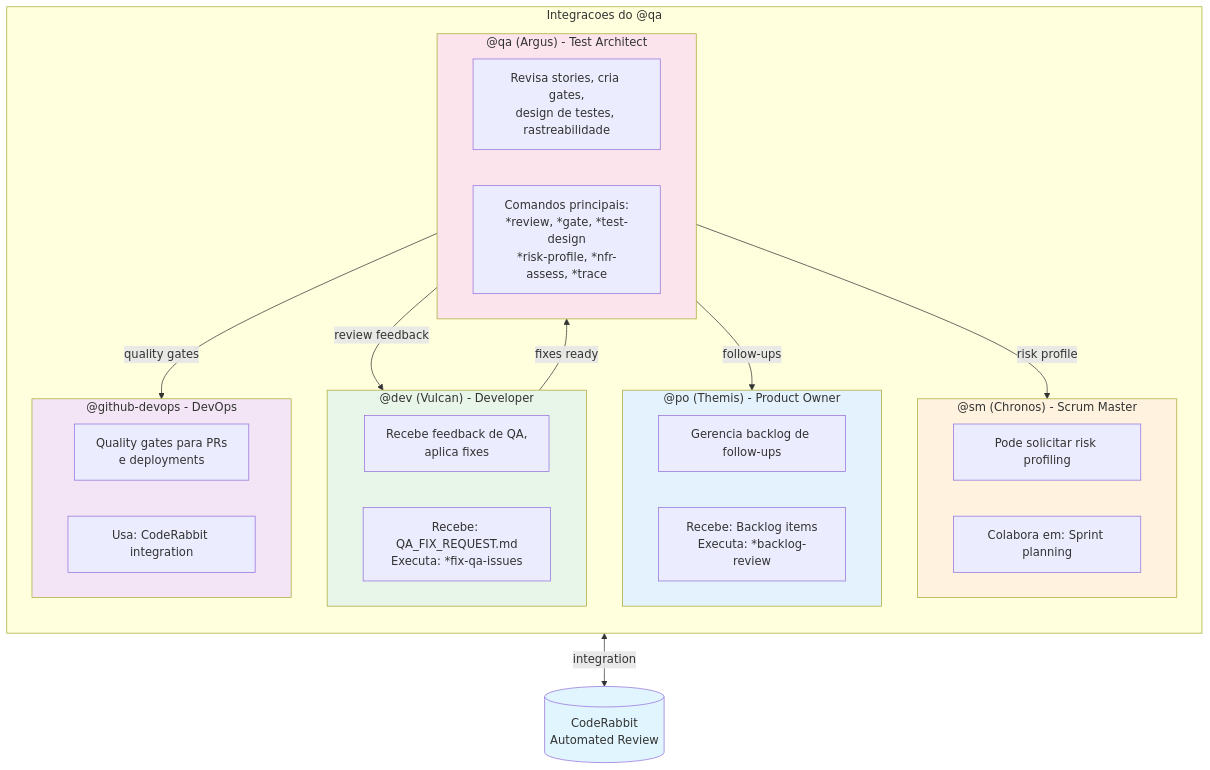
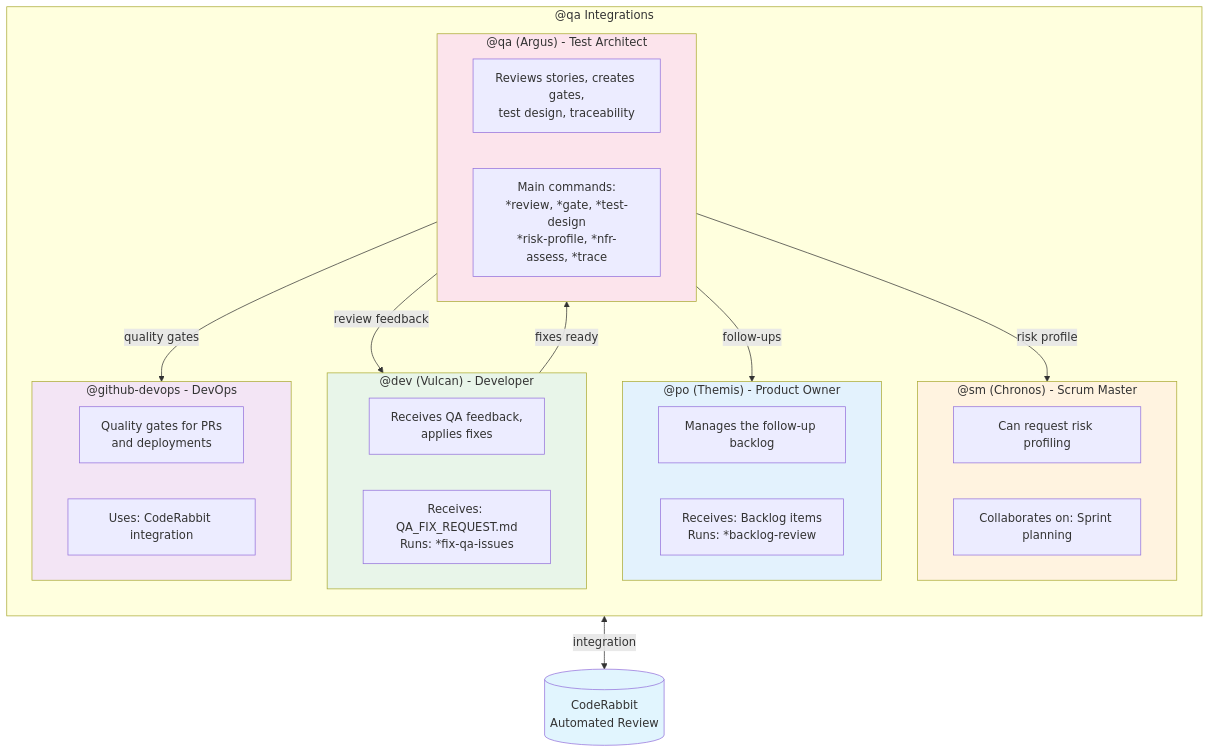
The fifth of 5 diagrams in docs/aexos-agent-flows/qa-system.md (CyryxLabs/AEXOS), drawn with Mermaid before and after one commit. The commit also changed other lines of this file and 528 other files, not shown here.

````diff
--- a/docs/aexos-agent-flows/qa-system.md
+++ b/docs/aexos-agent-flows/qa-system.md
@@ -427,47 +427,47 @@
 ```mermaid
 flowchart TB
-    subgraph AGENTS["Integracoes do @qa"]
+    subgraph AGENTS["@qa Integrations"]
         direction TB
 
         subgraph QA_BOX["@qa (Argus) - Test Architect"]
-            QA_DESC["Revisa stories, cria gates,<br/>design de testes, rastreabilidade"]
-            QA_CMDS["Comandos principais:<br/>*review, *gate, *test-design<br/>*risk-profile, *nfr-assess, *trace"]
+            QA_DESC["Reviews stories, creates gates,<br/>test design, traceability"]
+            QA_CMDS["Main commands:<br/>*review, *gate, *test-design<br/>*risk-profile, *nfr-assess, *trace"]
         end
 
         subgraph DEV_BOX["@dev (Vulcan) - Developer"]
-            DEV_DESC["Recebe feedback de QA,<br/>aplica fixes"]
-            DEV_CMDS["Recebe: QA_FIX_REQUEST.md<br/>Executa: *fix-qa-issues"]
+            DEV_DESC["Receives QA feedback,<br/>applies fixes"]
+            DEV_CMDS["Receives: QA_FIX_REQUEST.md<br/>Runs: *fix-qa-issues"]
         end
 
         subgraph PO_BOX["@po (Themis) - Product Owner"]
-            PO_DESC["Gerencia backlog de follow-ups"]
-            PO_CMDS["Recebe: Backlog items<br/>Executa: *backlog-review"]
+            PO_DESC["Manages the follow-up backlog"]
+            PO_CMDS["Receives: Backlog items<br/>Runs: *backlog-review"]
         end
 
         subgraph SM_BOX["@sm (Chronos) - Scrum Master"]
-            SM_DESC["Pode solicitar risk profiling"]
-            SM_CMDS["Colabora em: Sprint planning"]
+            SM_DESC["Can request risk profiling"]
+            SM_CMDS["Collaborates on: Sprint planning"]
         end
 
         subgraph DEVOPS_BOX["@github-devops - DevOps"]
-            DEVOPS_DESC["Quality gates para PRs<br/>e deployments"]
-            DEVOPS_CMDS["Usa: CodeRabbit integration"]
+            DEVOPS_DESC["Quality gates for PRs<br/>and deployments"]
+            DEVOPS_CMDS["Uses: CodeRabbit integration"]
         end
     end
 
     QA_BOX -->|"review feedback"| DEV_BOX
     QA_BOX -->|"follow-ups"| PO_BOX
     QA_BOX -->|"risk profile"| SM_BOX
     QA_BOX -->|"quality gates"| DEVOPS_BOX
     DEV_BOX -->|"fixes ready"| QA_BOX
 
     CODERABBIT[("CodeRabbit<br/>Automated Review")]
     QA_BOX <-->|"integration"| CODERABBIT
 
     style QA_BOX fill:#fce4ec
     style DEV_BOX fill:#e8f5e9
     style PO_BOX fill:#e3f2fd
     style SM_BOX fill:#fff3e0
     style DEVOPS_BOX fill:#f3e5f5
     style CODERABBIT fill:#e1f5fe
 ```
````
